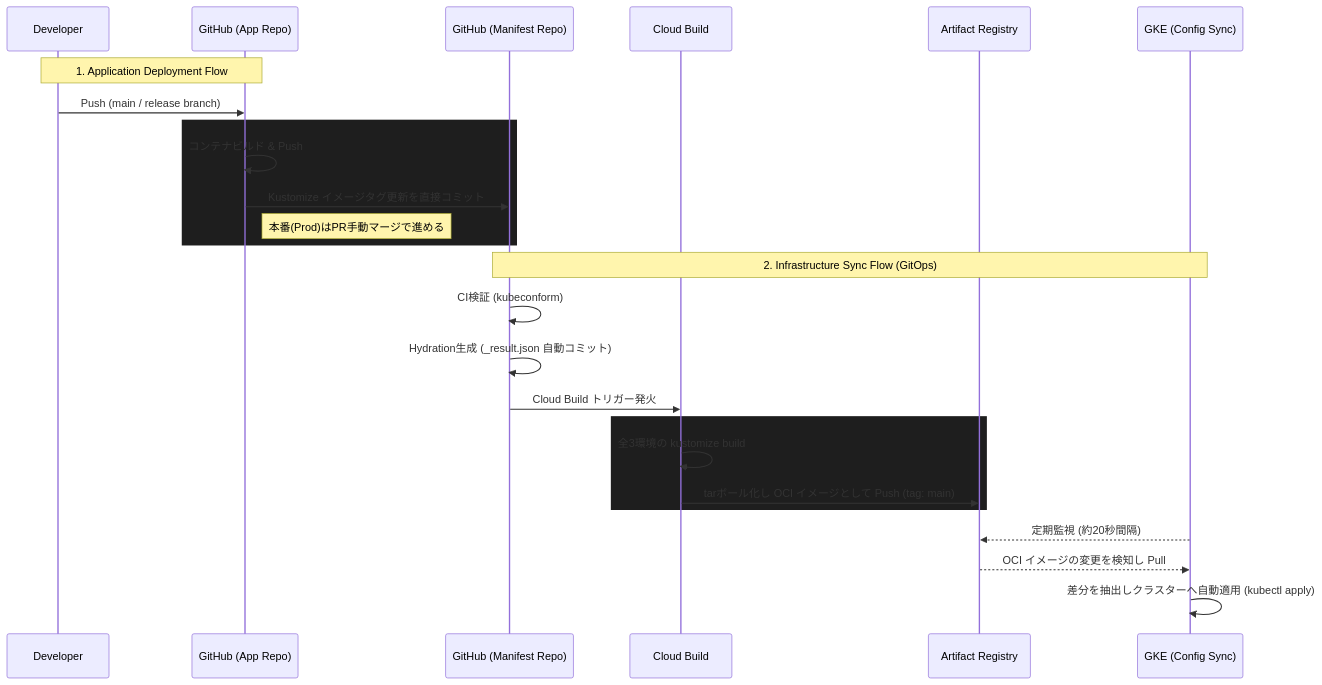
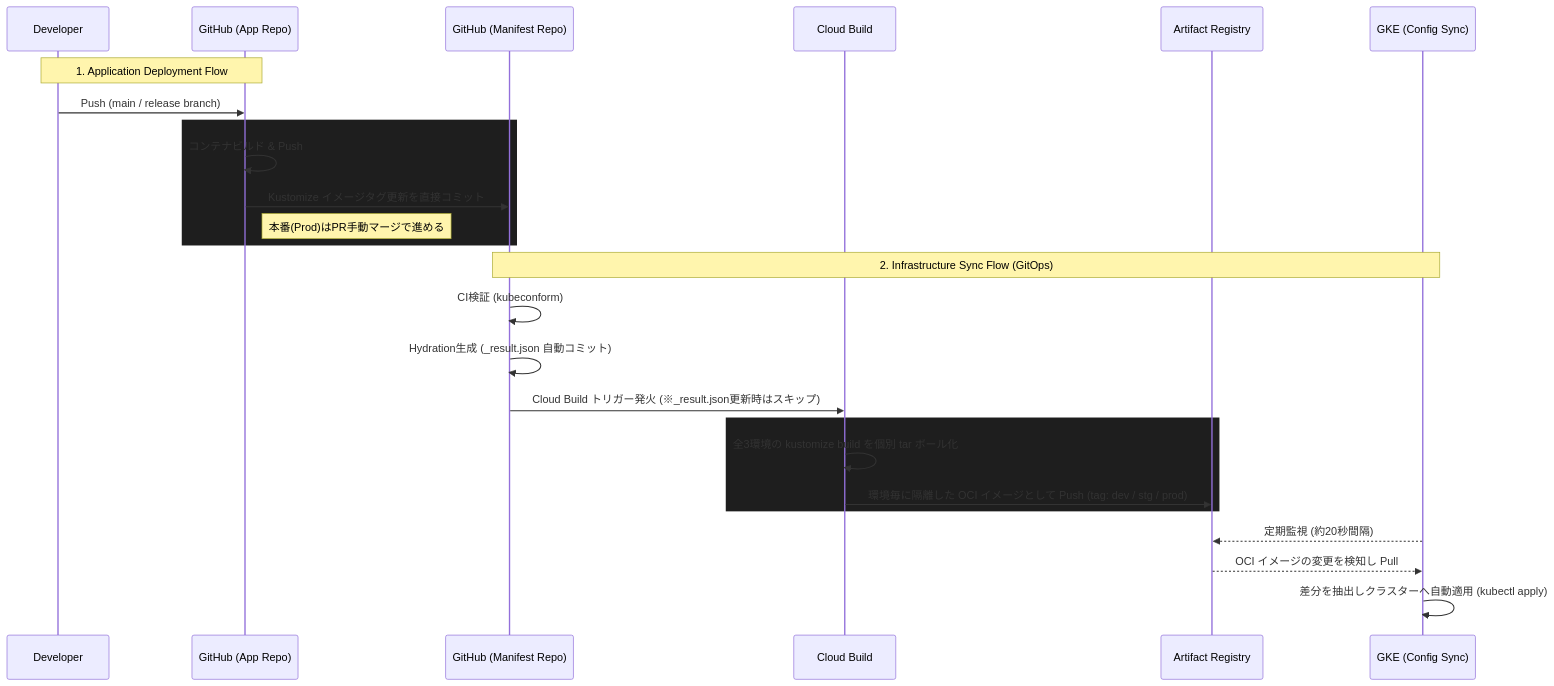
Before and after one commit to waxsd100/k8s-platform: the diagram in docs/DEPLOYMENT_FLOW.md, drawn with Mermaid. The commit also changed other lines of this file and 5 other files, not shown here.

````diff
--- a/docs/DEPLOYMENT_FLOW.md
+++ b/docs/DEPLOYMENT_FLOW.md
@@ -11,33 +11,33 @@
 ```mermaid
 sequenceDiagram
     participant Dev as Developer
     participant AppRepo as GitHub (App Repo)
     participant Manifest as GitHub (Manifest Repo)
     participant CB as Cloud Build
     participant GAR as Artifact Registry
     participant GKE as GKE (Config Sync)
 
     %% アプリケーションデプロイフロー
     Note over Dev,AppRepo: 1. Application Deployment Flow
     Dev->>AppRepo: Push (main / release branch)
     rect rgb(30, 30, 30)
         AppRepo->>AppRepo: コンテナビルド & Push
         AppRepo->>Manifest: Kustomize イメージタグ更新を直接コミット
         Note right of AppRepo: 本番(Prod)はPR手動マージで進める
     end
 
     %% マニフェスト適用フロー
     Note over Manifest,GKE: 2. Infrastructure Sync Flow (GitOps)
     Manifest->>Manifest: CI検証 (kubeconform)
     Manifest->>Manifest: Hydration生成 (_result.json 自動コミット)
     
-    Manifest->>CB: Cloud Build トリガー発火
+    Manifest->>CB: Cloud Build トリガー発火 (※_result.json更新時はスキップ)
     rect rgb(30, 30, 30)
-        CB->>CB: 全3環境の kustomize build
-        CB->>GAR: tarボール化し OCI イメージとして Push (tag: main)
+        CB->>CB: 全3環境の kustomize build を個別 tar ボール化
+        CB->>GAR: 環境毎に隔離した OCI イメージとして Push (tag: dev / stg / prod)
     end
     
     GKE-->>GAR: 定期監視 (約20秒間隔)
     GAR-->>GKE: OCI イメージの変更を検知し Pull
     GKE->>GKE: 差分を抽出しクラスターへ自動適用 (kubectl apply)
 ```
````
